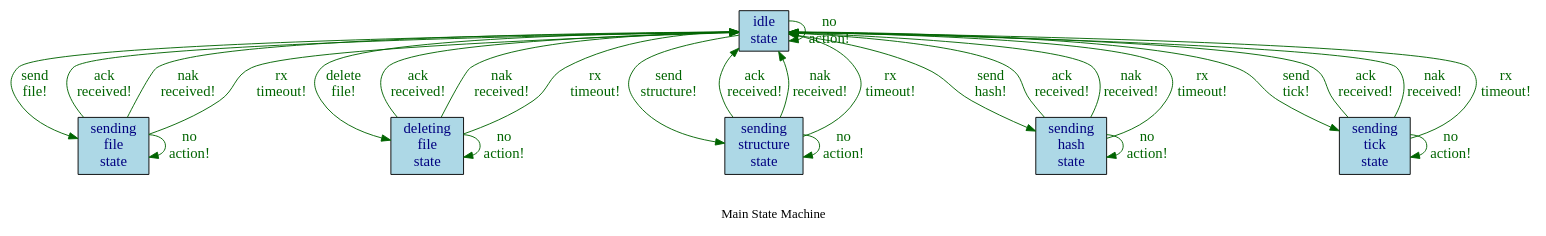
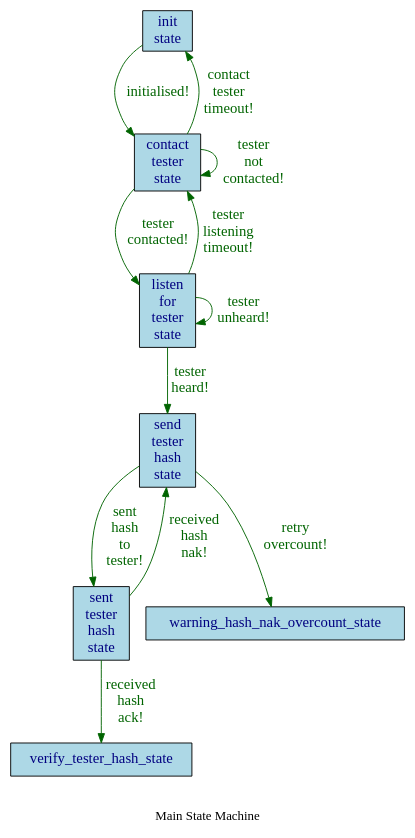
Before and after one commit to mjago/sprockets: the diagram in lib/temp_tertiary_state_machine.dot, drawn with Graphviz. The commit also changed 15 other files, not shown here.

```diff
--- a/lib/temp_tertiary_state_machine.dot
+++ b/lib/temp_tertiary_state_machine.dot
@@ -1,57 +1,27 @@
 digraph draw_state_machine {
   graph [bgcolor = white, label = "\n\nMain State Machine", rankdir = "UD"];
   edge [color = darkgreen, fontcolor = darkgreen, fontname = "verdana", fontsize = "16", url = "http://google.com"];
   node [color = black, fillcolor = lightblue, fontcolor = navyblue, fontname = "verdana", fontsize = "16", shape = box, style = filled, url = "http://google.com"];
-  idle_state [label = "idle\nstate"];
-  idle_state -> idle_state [label = "no\naction!"];
-  idle_state [label = "idle\nstate"];
-  idle_state -> sending_file_state [label = "send\nfile!"];
-  idle_state [label = "idle\nstate"];
-  idle_state -> deleting_file_state [label = "delete\nfile!"];
-  idle_state [label = "idle\nstate"];
-  idle_state -> sending_structure_state [label = "send\nstructure!"];
-  idle_state [label = "idle\nstate"];
-  idle_state -> sending_hash_state [label = "send\nhash!"];
-  idle_state [label = "idle\nstate"];
-  idle_state -> sending_tick_state [label = "send\ntick!"];
-  sending_file_state [label = "sending\nfile\nstate"];
-  sending_file_state -> sending_file_state [label = "no\naction!"];
-  sending_file_state [label = "sending\nfile\nstate"];
-  sending_file_state -> idle_state [label = "ack\nreceived!"];
-  sending_file_state [label = "sending\nfile\nstate"];
-  sending_file_state -> idle_state [label = "nak\nreceived!"];
-  sending_file_state [label = "sending\nfile\nstate"];
-  sending_file_state -> idle_state [label = "rx\ntimeout!"];
-  deleting_file_state [label = "deleting\nfile\nstate"];
-  deleting_file_state -> deleting_file_state [label = "no\naction!"];
-  deleting_file_state [label = "deleting\nfile\nstate"];
-  deleting_file_state -> idle_state [label = "ack\nreceived!"];
-  deleting_file_state [label = "deleting\nfile\nstate"];
-  deleting_file_state -> idle_state [label = "nak\nreceived!"];
-  deleting_file_state [label = "deleting\nfile\nstate"];
-  deleting_file_state -> idle_state [label = "rx\ntimeout!"];
-  sending_structure_state [label = "sending\nstructure\nstate"];
-  sending_structure_state -> sending_structure_state [label = "no\naction!"];
-  sending_structure_state [label = "sending\nstructure\nstate"];
-  sending_structure_state -> idle_state [label = "ack\nreceived!"];
-  sending_structure_state [label = "sending\nstructure\nstate"];
-  sending_structure_state -> idle_state [label = "nak\nreceived!"];
-  sending_structure_state [label = "sending\nstructure\nstate"];
-  sending_structure_state -> idle_state [label = "rx\ntimeout!"];
-  sending_tick_state [label = "sending\ntick\nstate"];
-  sending_tick_state -> sending_tick_state [label = "no\naction!"];
-  sending_tick_state [label = "sending\ntick\nstate"];
-  sending_tick_state -> idle_state [label = "ack\nreceived!"];
-  sending_tick_state [label = "sending\ntick\nstate"];
-  sending_tick_state -> idle_state [label = "nak\nreceived!"];
-  sending_tick_state [label = "sending\ntick\nstate"];
-  sending_tick_state -> idle_state [label = "rx\ntimeout!"];
-  sending_hash_state [label = "sending\nhash\nstate"];
-  sending_hash_state -> sending_hash_state [label = "no\naction!"];
-  sending_hash_state [label = "sending\nhash\nstate"];
-  sending_hash_state -> idle_state [label = "ack\nreceived!"];
-  sending_hash_state [label = "sending\nhash\nstate"];
-  sending_hash_state -> idle_state [label = "nak\nreceived!"];
-  sending_hash_state [label = "sending\nhash\nstate"];
-  sending_hash_state -> idle_state [label = "rx\ntimeout!"];
+  init_state [label = "init\nstate"];
+  init_state -> contact_tester_state [label = "initialised!"];
+  contact_tester_state [label = "contact\ntester\nstate"];
+  contact_tester_state -> contact_tester_state [label = "tester\nnot\ncontacted!"];
+  contact_tester_state [label = "contact\ntester\nstate"];
+  contact_tester_state -> listen_for_tester_state [label = "tester\ncontacted!"];
+  contact_tester_state [label = "contact\ntester\nstate"];
+  contact_tester_state -> init_state [label = "contact\ntester\ntimeout!"];
+  listen_for_tester_state [label = "listen\nfor\ntester\nstate"];
+  listen_for_tester_state -> listen_for_tester_state [label = "tester\nunheard!"];
+  listen_for_tester_state [label = "listen\nfor\ntester\nstate"];
+  listen_for_tester_state -> send_tester_hash_state [label = "tester\nheard!"];
+  listen_for_tester_state [label = "listen\nfor\ntester\nstate"];
+  listen_for_tester_state -> contact_tester_state [label = "tester\nlistening\ntimeout!"];
+  send_tester_hash_state [label = "send\ntester\nhash\nstate"];
+  send_tester_hash_state -> sent_tester_hash_state [label = "sent\nhash\nto\ntester!"];
+  send_tester_hash_state [label = "send\ntester\nhash\nstate"];
+  send_tester_hash_state -> warning_hash_nak_overcount_state [label = "retry\novercount!"];
+  sent_tester_hash_state [label = "sent\ntester\nhash\nstate"];
+  sent_tester_hash_state -> verify_tester_hash_state [label = "received\nhash\nack!"];
+  sent_tester_hash_state [label = "sent\ntester\nhash\nstate"];
+  sent_tester_hash_state -> send_tester_hash_state [label = "received\nhash\nnak!"];
 }
```
